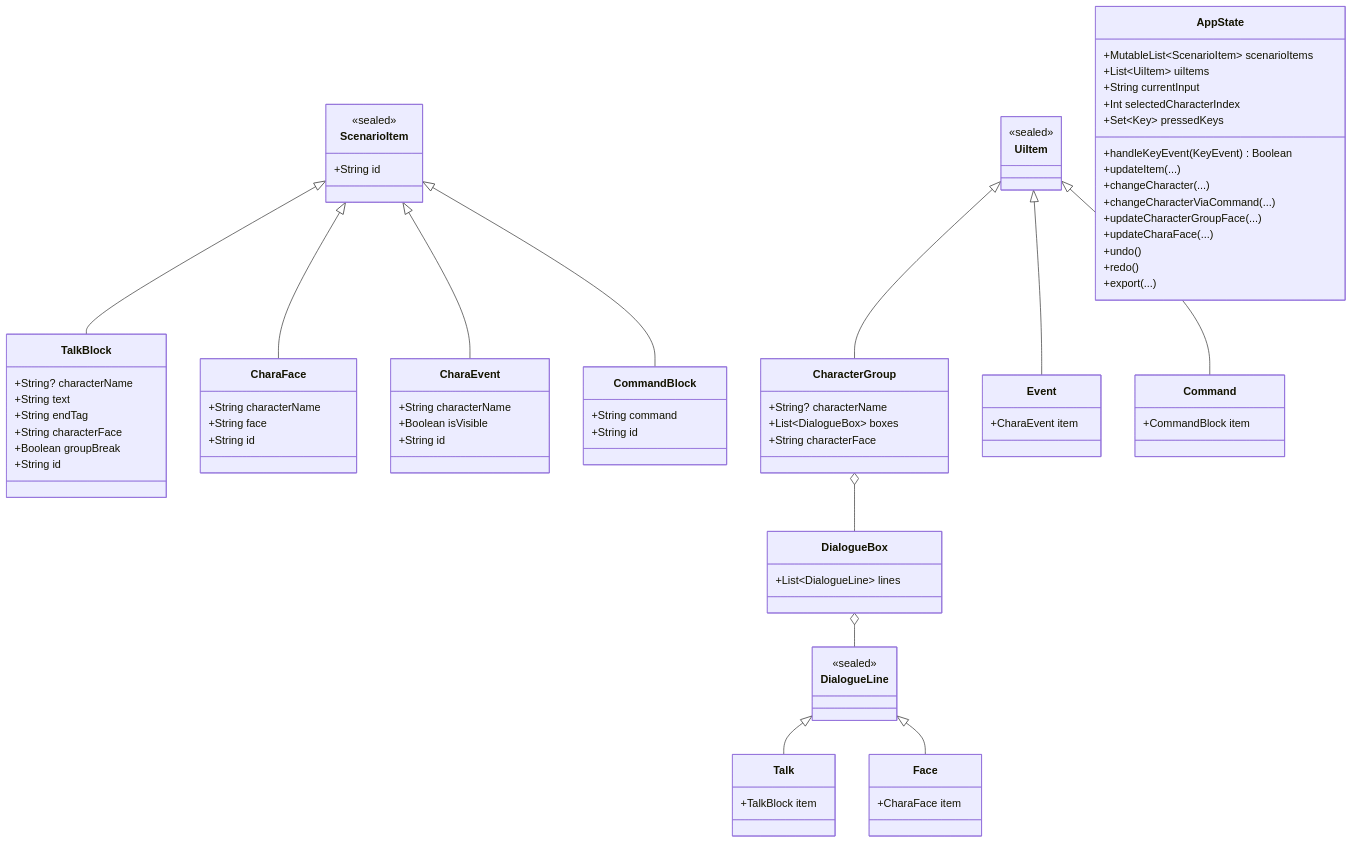
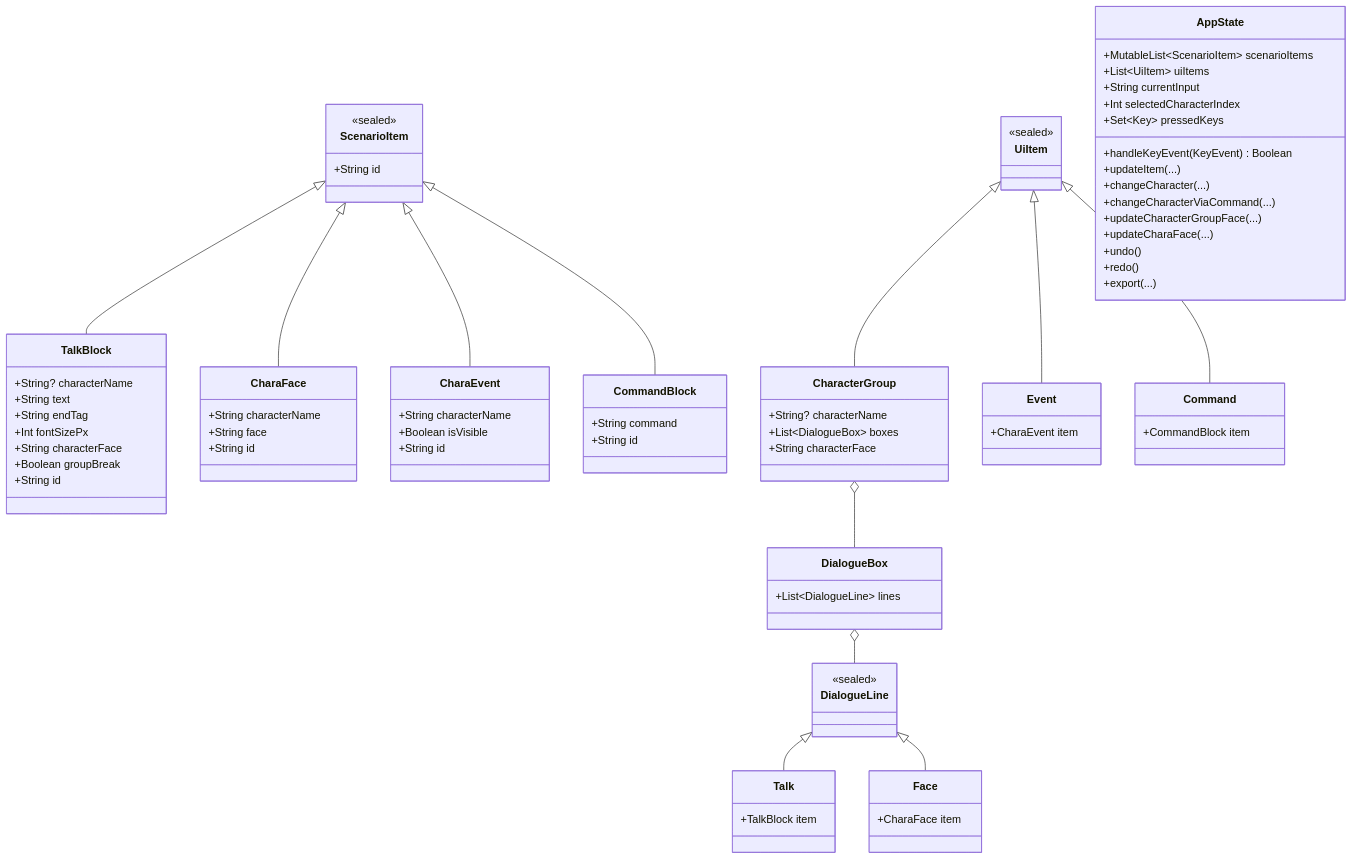
The first of 2 diagrams in README.dev.md (novelou/kirikiri_editor), drawn with Mermaid before and after one commit. The commit also changed other lines of this file and 5 other files, not shown here.

```diff
--- a/README.dev.md
+++ b/README.dev.md
@@ -40,6 +42,7 @@
       +String? characterName
       +String text
       +String endTag
+      +Int fontSizePx
       +String characterFace
       +Boolean groupBreak
       +String id
```
